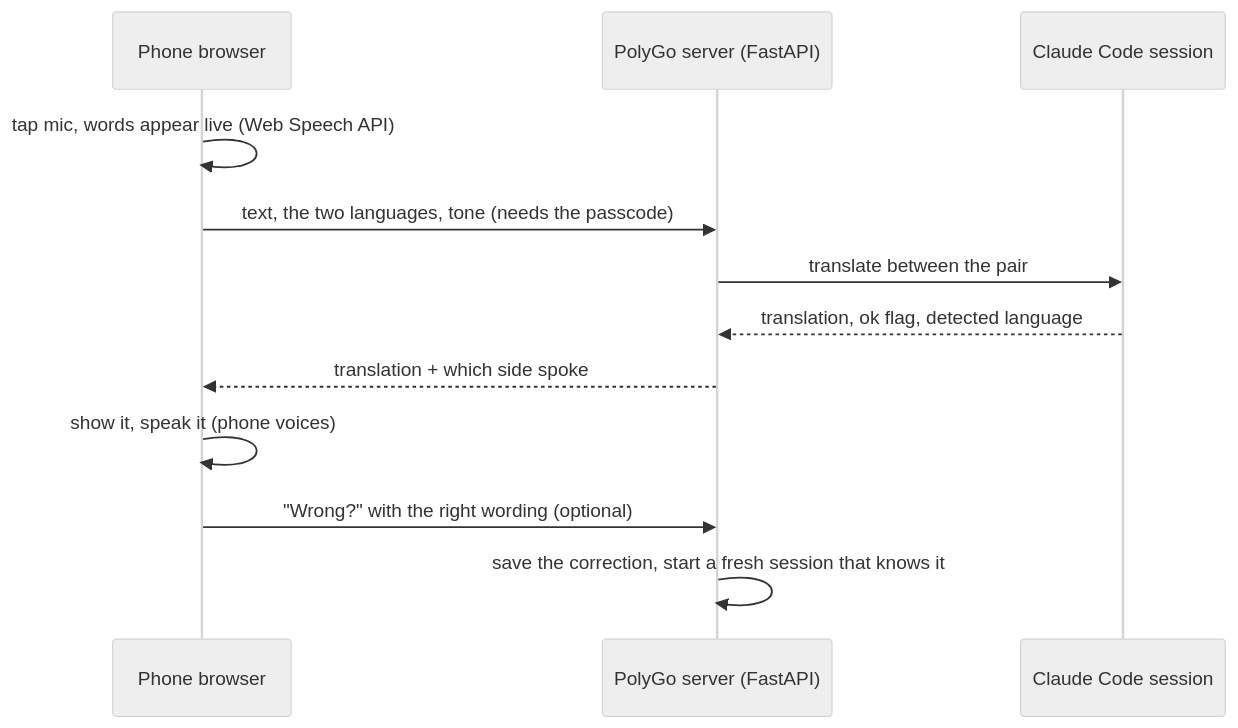
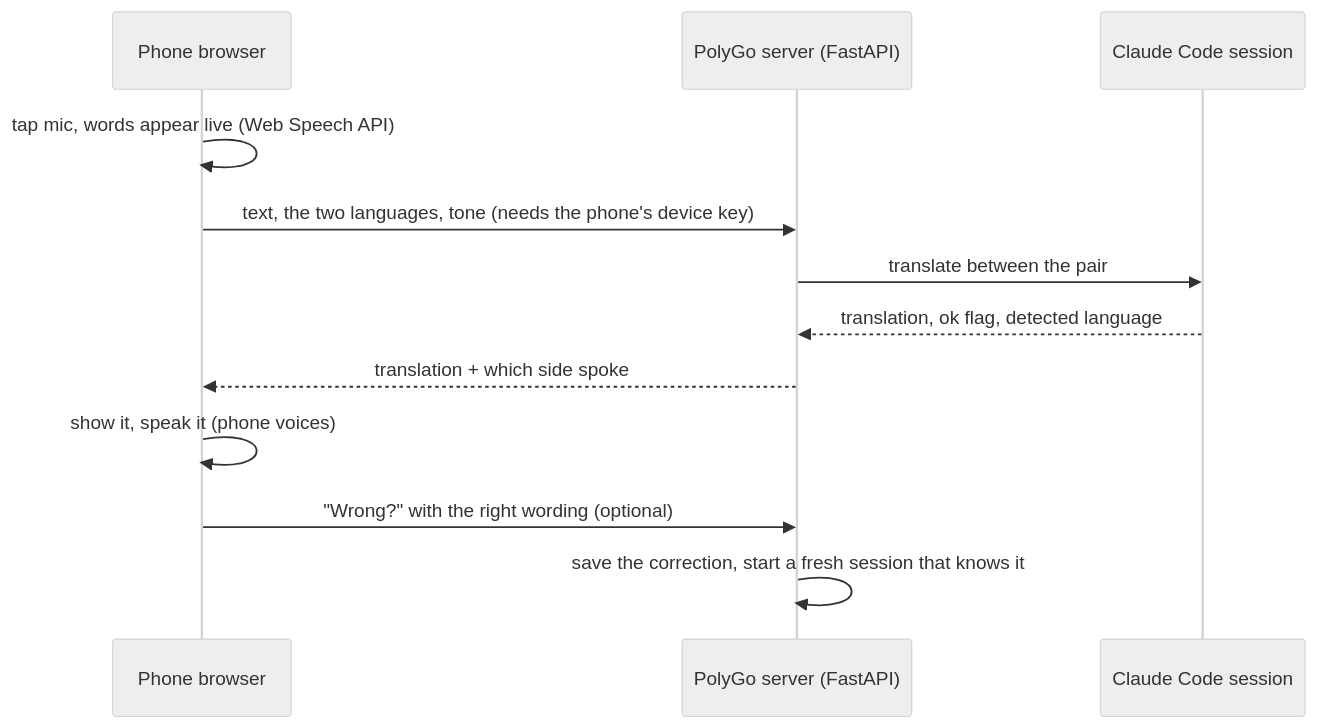
The first of 3 diagrams in README.md (bathonSpidey/PolyGo), drawn with Mermaid (neutral theme) before and after one commit. The commit also changed other lines of this file, not shown here.

Commit message:
README: devices, invites and the retired passcode

````diff
--- a/README.md
+++ b/README.md
@@ -9,14 +9,14 @@
 ```mermaid
 sequenceDiagram
     participant P as Phone browser
     participant S as PolyGo server (FastAPI)
     participant C as Claude Code session
     P->>P: tap mic, words appear live (Web Speech API)
-    P->>S: text, the two languages, tone (needs the passcode)
+    P->>S: text, the two languages, tone (needs the phone's device key)
     S->>C: translate between the pair
     C-->>S: translation, ok flag, detected language
     S-->>P: translation + which side spoke
     P->>P: show it, speak it (phone voices)
     P->>S: "Wrong?" with the right wording (optional)
     S->>S: save the correction, start a fresh session that knows it
 ```
````
